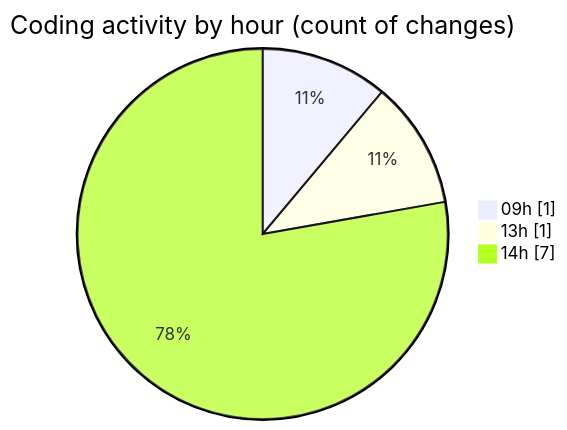
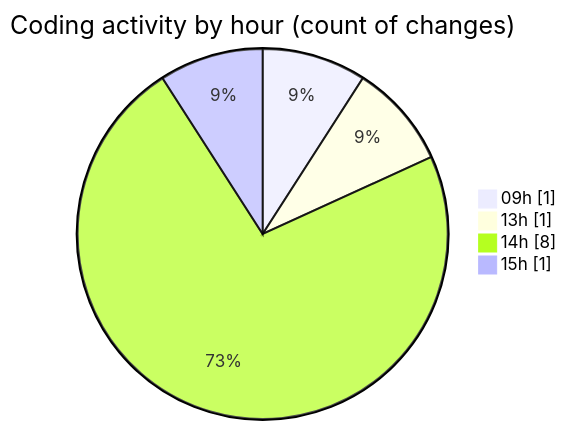
One commit to ricardozamudiocil/code-tracking changed the second of 2 diagrams in 2026-11-25/informesdocpath/README.md. Above: the diagram before and after it, drawn with Mermaid. The commit also changed other lines of this file and 1 other file, not shown here.

````diff
--- a/2026-11-25/informesdocpath/README.md
+++ b/2026-11-25/informesdocpath/README.md
@@ -31,7 +31,8 @@
 ```mermaid
 pie showData
 title Coding activity by hour (count of changes)
 "09h" : 1
 "13h" : 1
-"14h" : 7
+"14h" : 8
+"15h" : 1
 ```
````
